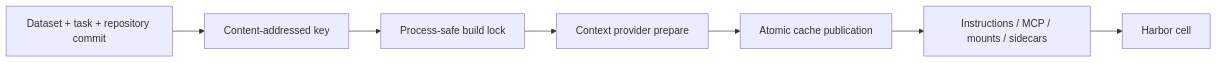
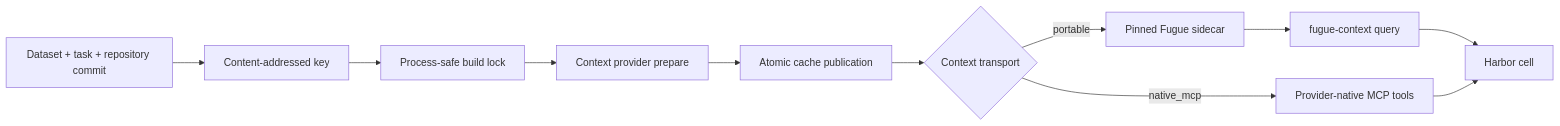
The ninth of 12 diagrams in README.md (ash0ts/fugue), drawn with Mermaid before and after one commit. The commit also changed other lines of this file and 4 other files, not shown here.

````diff
--- a/README.md
+++ b/README.md
@@ -400,9 +400,13 @@
 ```mermaid
 flowchart LR
     TASK["Dataset + task + repository commit"] --> KEY["Content-addressed key"]
     KEY --> LOCK["Process-safe build lock"]
     LOCK --> PROVIDER["Context provider prepare"]
     PROVIDER --> CACHE["Atomic cache publication"]
-    CACHE --> BIND["Instructions / MCP / mounts / sidecars"]
-    BIND --> CELL["Harbor cell"]
+    CACHE --> TRANSPORT{"Context transport"}
+    TRANSPORT -->|portable| SIDECAR["Pinned Fugue sidecar"]
+    SIDECAR --> COMMAND["fugue-context query"]
+    TRANSPORT -->|native_mcp| MCP["Provider-native MCP tools"]
+    COMMAND --> CELL["Harbor cell"]
+    MCP --> CELL
 ```
````
